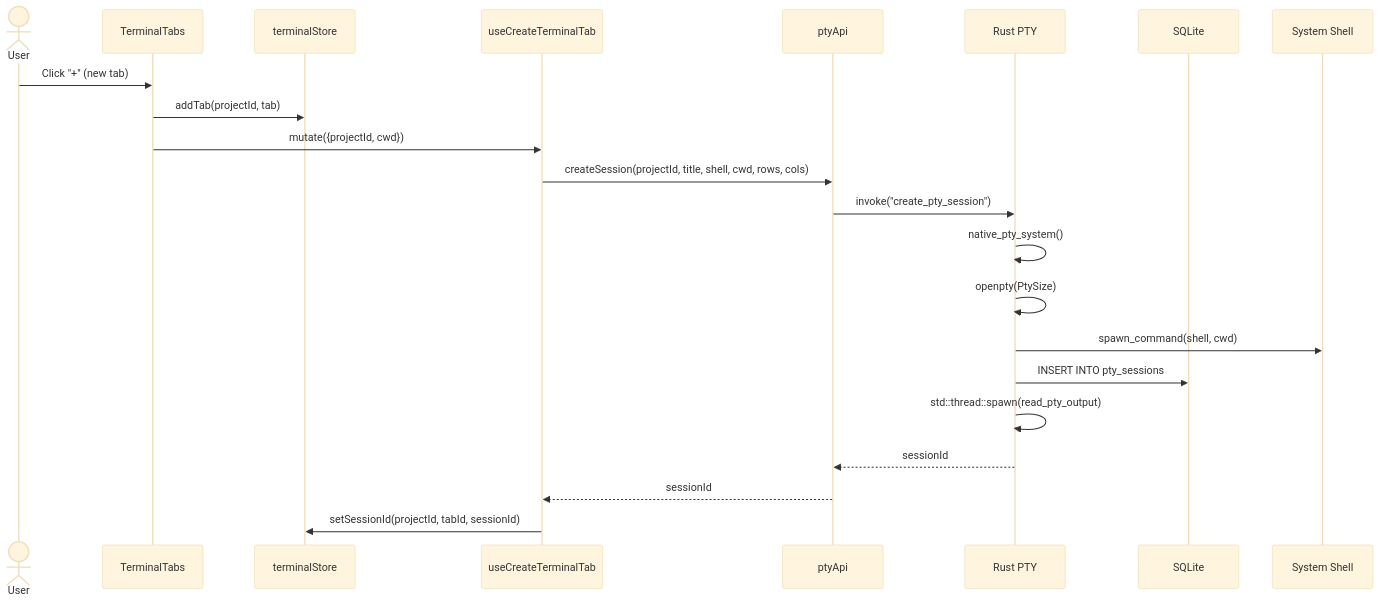
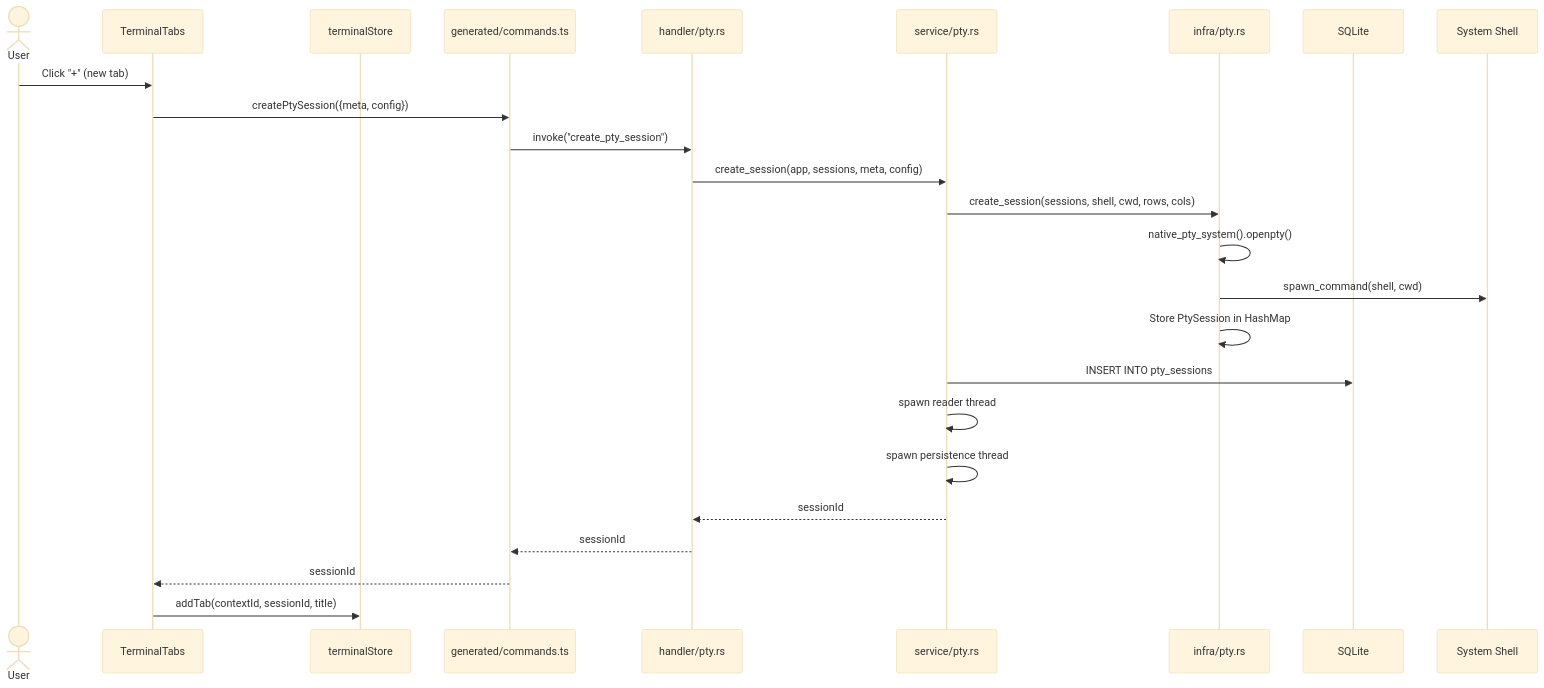
The second of 5 diagrams in docs/data-flow.md (AkaraChen/2code), drawn with Mermaid (base theme) before and after one commit. The commit also changed other lines of this file and 5 other files, not shown here.

First line of the commit message:
docs: update CLAUDE.md and regenerate architecture docs

````diff
--- a/docs/data-flow.md
+++ b/docs/data-flow.md
@@ -45,30 +48,31 @@
 ```mermaid
 sequenceDiagram
     actor User
     participant UI as TerminalTabs
     participant Store as terminalStore
-    participant Hook as useCreateTerminalTab
-    participant API as ptyApi
-    participant Rust as Rust PTY
+    participant Gen as generated/commands.ts
+    participant Handler as handler/pty.rs
+    participant Service as service/pty.rs
+    participant Infra as infra/pty.rs
     participant DB as SQLite
-    participant Sys as System Shell
+    participant Shell as System Shell
 
     User->>UI: Click "+" (new tab)
-    UI->>Store: addTab(projectId, tab)
-    UI->>Hook: mutate({projectId, cwd})
+    UI->>Gen: createPtySession({meta, config})
+    Gen->>Handler: invoke("create_pty_session")
 
-    Hook->>API: createSession(projectId, title, shell, cwd, rows, cols)
-    API->>Rust: invoke("create_pty_session")
+    Handler->>Service: create_session(app, sessions, meta, config)
+    Service->>Infra: create_session(sessions, shell, cwd, rows, cols)
+    Infra->>Infra: native_pty_system().openpty()
+    Infra->>Shell: spawn_command(shell, cwd)
+    Infra->>Infra: Store PtySession in HashMap
 
-    Rust->>Rust: native_pty_system()
-    Rust->>Rust: openpty(PtySize)
-    Rust->>Sys: spawn_command(shell, cwd)
+    Service->>DB: INSERT INTO pty_sessions
+    Service->>Service: spawn reader thread
+    Service->>Service: spawn persistence thread
 
-    Rust->>DB: INSERT INTO pty_sessions
-
-    Rust->>Rust: std::thread::spawn(read_pty_output)
-    Rust-->>API: sessionId
-
-    API-->>Hook: sessionId
-    Hook->>Store: setSessionId(projectId, tabId, sessionId)
+    Service-->>Handler: sessionId
+    Handler-->>Gen: sessionId
+    Gen-->>UI: sessionId
+    UI->>Store: addTab(contextId, sessionId, title)
 ```
````
